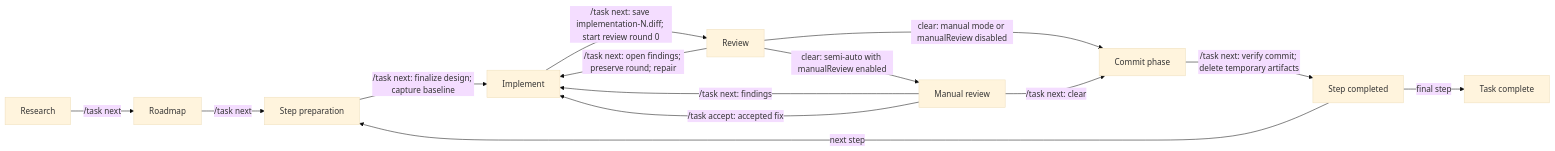
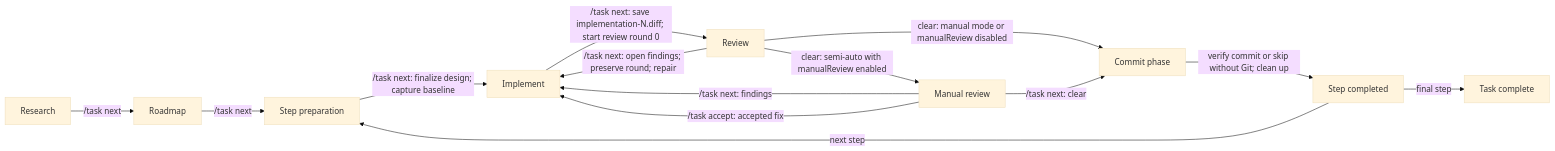
Before and after one commit to vladimir-popov/dotfiles: the diagram in .pi/agent/extensions/task-workflow/README.md, drawn with Mermaid (base theme). The commit also changed other lines of this file, not shown here.

First line of the commit message:
Align the README with Task Workflow 2.10

````diff
--- a/.pi/agent/extensions/task-workflow/README.md
+++ b/.pi/agent/extensions/task-workflow/README.md
@@ -48,16 +49,16 @@
 ```mermaid
 flowchart LR
     A["Research"] -->|/task next| B["Roadmap"]
     B -->|/task next| C["Step preparation"]
     C -->|/task next: finalize design; capture baseline| D["Implement"]
     D -->|/task next: save implementation-N.diff; start review round 0| E["Review"]
     E -->|/task next: open findings; preserve round; repair| D
     E -->|clear: semi-auto with manualReview enabled| F["Manual review"]
     E -->|clear: manual mode or manualReview disabled| G["Commit phase"]
     F -->|/task next: findings| D
     F -->|/task accept: accepted fix| D
     F -->|/task next: clear| G
-    G -->|/task next: verify commit; delete temporary artifacts| H["Step completed"]
+    G -->|verify commit or skip without Git; clean up| H["Step completed"]
     H -->|next step| C
     H -->|final step| I["Task complete"]
 ```
````
